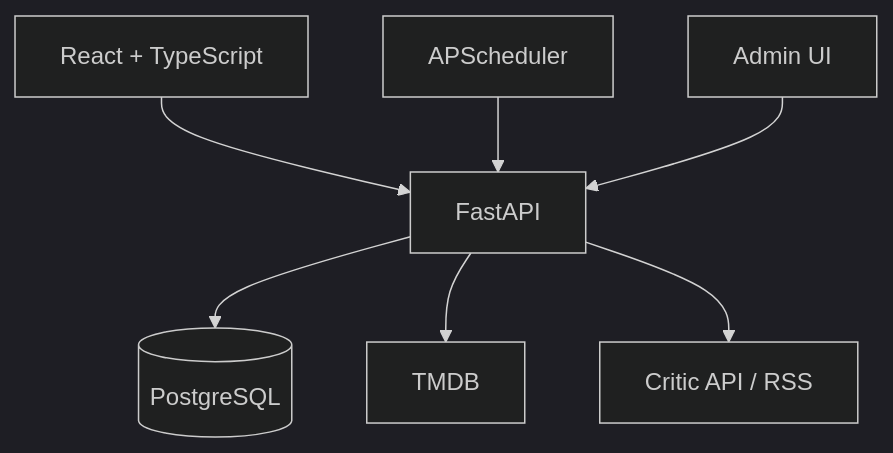
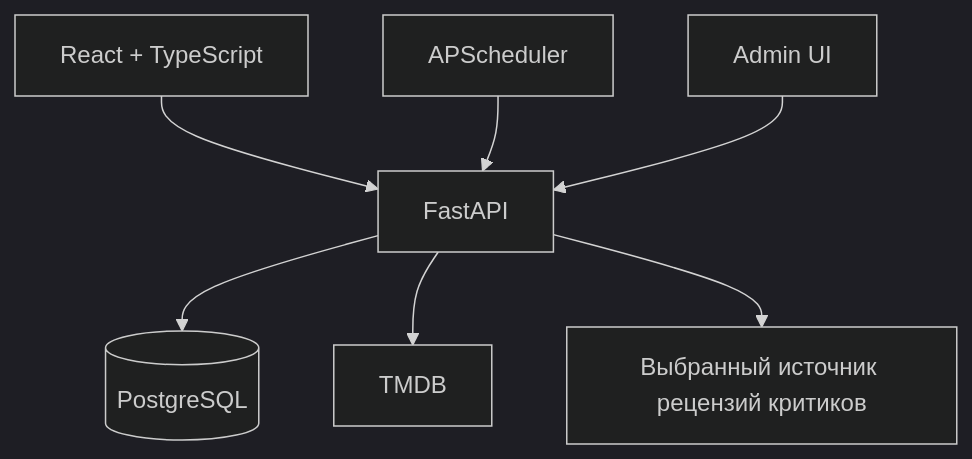
The diagram in docs/architecture.md (extaezy/movie-service), drawn with Mermaid (dark theme) before and after one commit. The commit also changed other lines of this file and 5 other files, not shown here.

````diff
--- a/docs/architecture.md
+++ b/docs/architecture.md
@@ -3,9 +3,9 @@
 ```mermaid
 flowchart TD
     A[React + TypeScript] --> B[FastAPI]
     B --> C[(PostgreSQL)]
     B --> D[TMDB]
-    B --> E[Critic API / RSS]
+    B --> E[Выбранный источник рецензий критиков]
     F[APScheduler] --> B
     G[Admin UI] --> B
 ```
````
